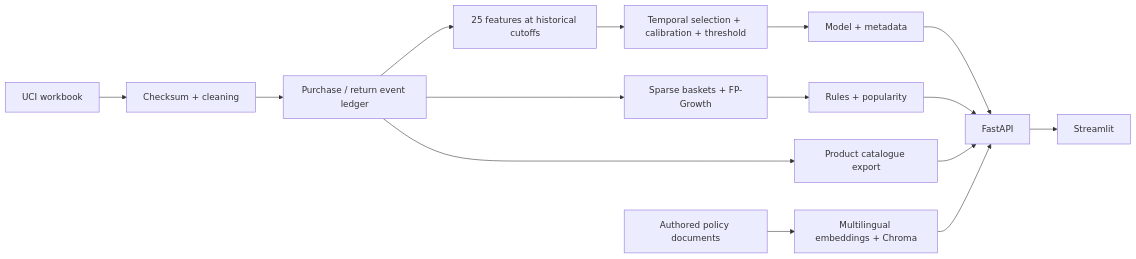
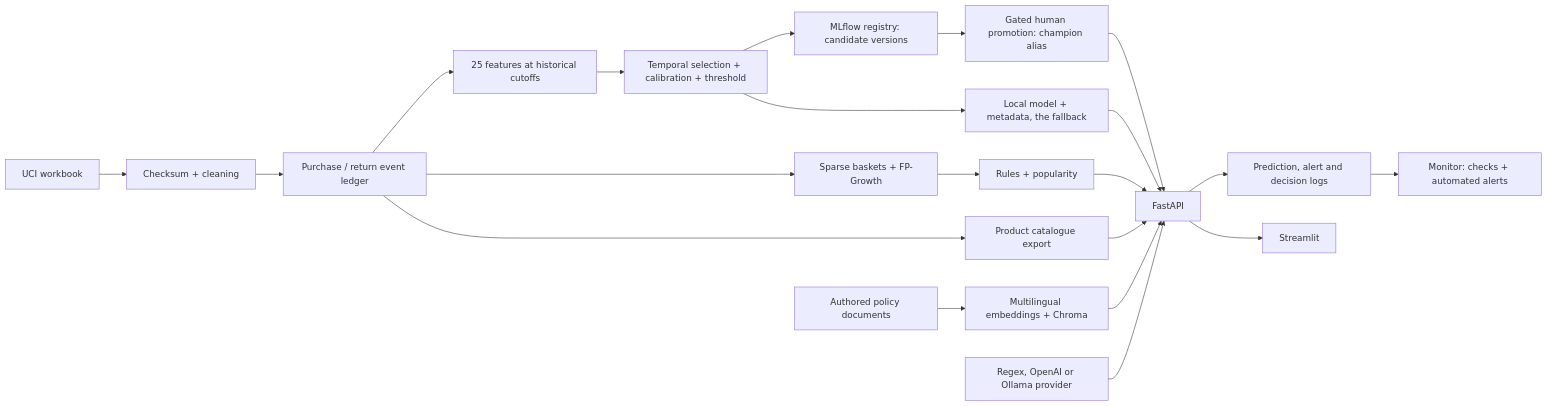
The diagram in ARCHITECTURE.md (Eraldo57/boreal-marche), drawn with Mermaid before and after one commit. The commit also changed other lines of this file and 28 other files, not shown here.

````diff
--- a/ARCHITECTURE.md
+++ b/ARCHITECTURE.md
@@ -5,17 +5,23 @@
 ```mermaid
 flowchart LR
   U[UCI workbook] --> I[Checksum + cleaning]
   I --> T[Purchase / return event ledger]
   T --> F[25 features at historical cutoffs]
   F --> A[Temporal selection + calibration + threshold]
-  A --> M[Model + metadata]
+  A --> G[MLflow registry: candidate versions]
+  G --> P[Gated human promotion: champion alias]
+  A --> M[Local model + metadata, the fallback]
   T --> B[Sparse baskets + FP-Growth]
   B --> R[Rules + popularity]
   T --> C[Product catalogue export]
   D[Authored policy documents] --> E[Multilingual embeddings + Chroma]
-  M --> API[FastAPI]
+  P --> API[FastAPI]
+  M --> API
   R --> API
   C --> API
   E --> API
+  L[Regex, OpenAI or Ollama provider] --> API
+  API --> DB[Prediction, alert and decision logs]
+  DB --> MON[Monitor: checks + automated alerts]
   API --> UI[Streamlit]
 ```
````
